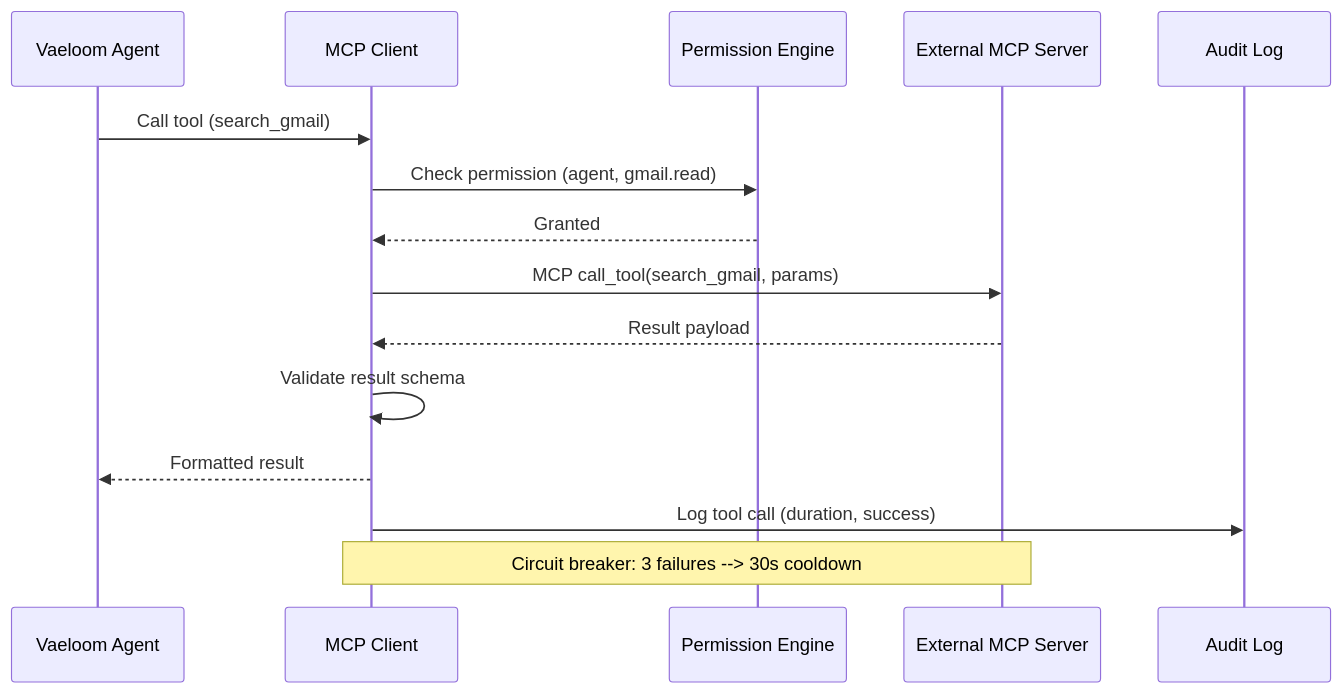
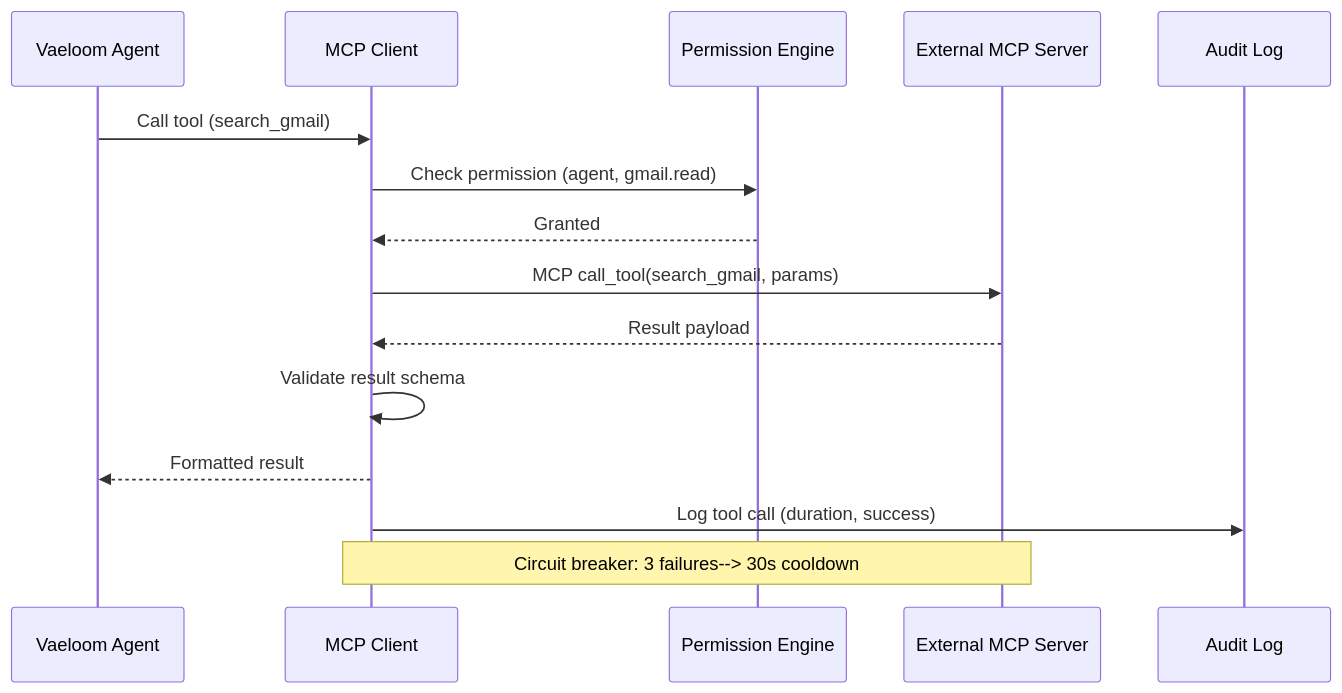
One commit to Driftloom/Vaeloom changed the second of 2 diagrams in docs/ai/MCP.md. Above: the diagram before and after it, drawn with Mermaid. The commit also changed other lines of this file and 694 other files, not shown here.

First line of the commit message:
docs: mermaid standardization — encoding/mermaid/duplicate cleanup

````diff
--- a/docs/ai/MCP.md
+++ b/docs/ai/MCP.md
@@ -214,21 +214,21 @@
 ```mermaid
 sequenceDiagram
-    participant AG as Vaeloom Agent
-    participant MC as MCP Client
-    participant PE as Permission Engine
-    participant EXT as External MCP Server
-    participant LOG as Audit Log
+ participant AG as Vaeloom Agent
+ participant MC as MCP Client
+ participant PE as Permission Engine
+ participant EXT as External MCP Server
+ participant LOG as Audit Log
 
-    AG->>MC: Call tool (search_gmail)
-    MC->>PE: Check permission (agent, gmail.read)
-    PE-->>MC: Granted
+ AG->>MC: Call tool (search_gmail)
+ MC->>PE: Check permission (agent, gmail.read)
+ PE-->>MC: Granted
 
-    MC->>EXT: MCP call_tool(search_gmail, params)
-    EXT-->>MC: Result payload
+ MC->>EXT: MCP call_tool(search_gmail, params)
+ EXT-->>MC: Result payload
 
-    MC->>MC: Validate result schema
-    MC-->>AG: Formatted result
-    MC->>LOG: Log tool call (duration, success)
+ MC->>MC: Validate result schema
+ MC-->>AG: Formatted result
+ MC->>LOG: Log tool call (duration, success)
 
-    Note over MC,EXT: Circuit breaker: 3 failures --> 30s cooldown
+ Note over MC,EXT: Circuit breaker: 3 failures--> 30s cooldown
 ```
````
